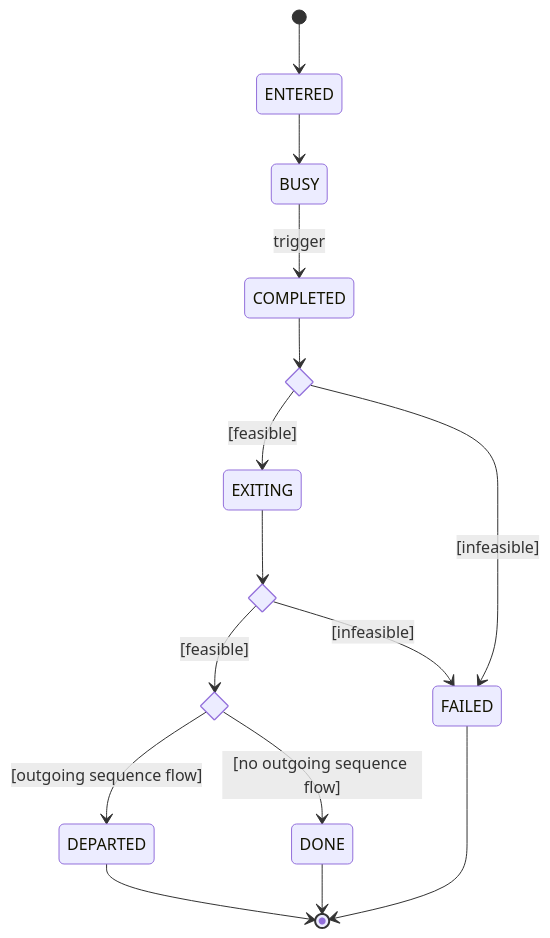
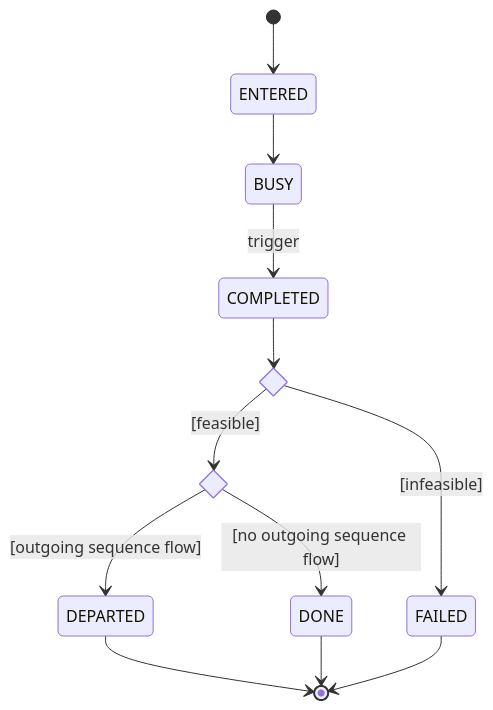
One commit to bpmn-os/bpmnos-engine changed the diagram in docs/md/logic/token_flow_logic_typed_start_events.md. Above: the diagram before and after it, drawn with Mermaid. The commit also changed other lines of this file and 4 other files, not shown here.

```diff
--- a/docs/md/logic/token_flow_logic_typed_start_events.md
+++ b/docs/md/logic/token_flow_logic_typed_start_events.md
@@ -16,20 +15,16 @@
 <pre class="mermaid">
 stateDiagram-v2
     state feasibleEntry <<choice>>
-    state feasibleExit <<choice>>
     state departure <<choice>>
     [*] --> ENTERED
     ENTERED --> BUSY
     BUSY --> COMPLETED: trigger
     COMPLETED --> feasibleEntry
-    feasibleEntry --> EXITING: [feasible]
+    feasibleEntry --> departure: [feasible]
     feasibleEntry --> FAILED: [infeasible]
-    EXITING --> feasibleExit
-    feasibleExit --> departure: [feasible]
-    feasibleExit --> FAILED: [infeasible]
     departure --> DEPARTED: [outgoing sequence flow]
     departure --> DONE: [no outgoing sequence flow]
     DEPARTED --> [*]
     DONE --> [*]
     FAILED --> [*]
 </pre>
```
